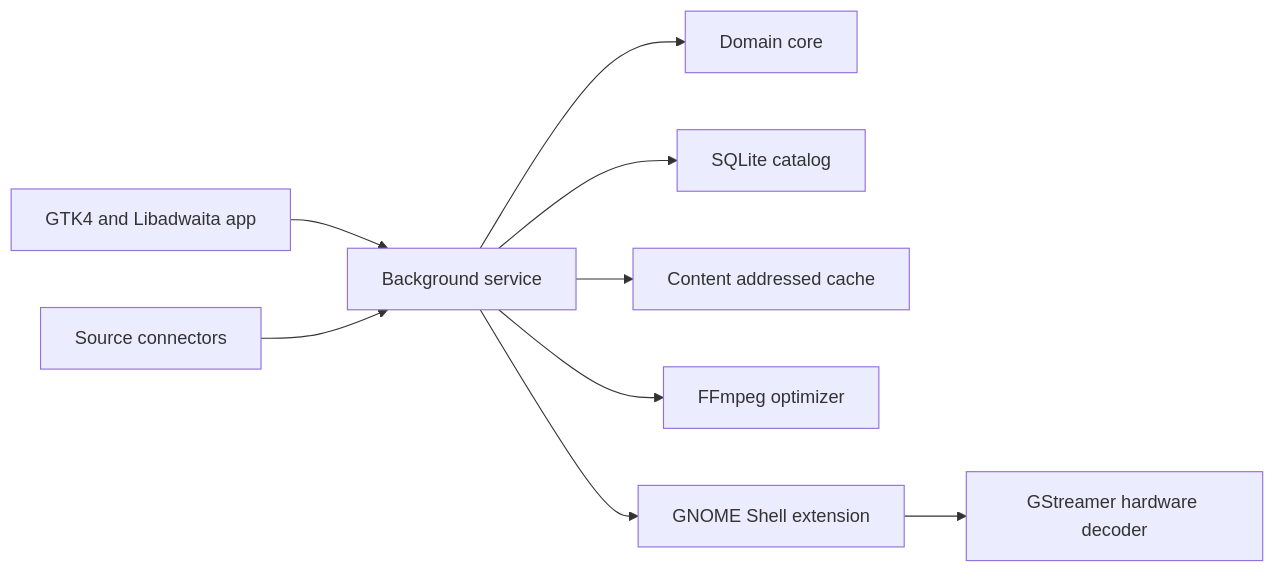
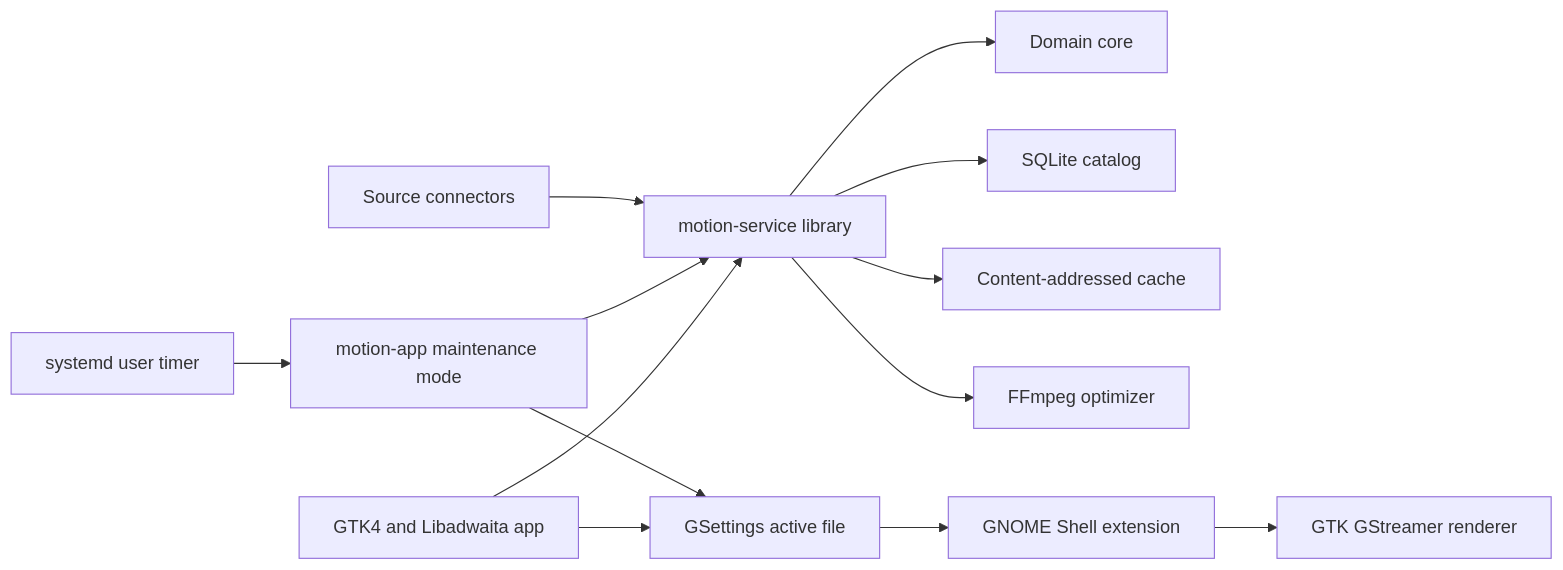
One commit to ashish-509/wallpapers changed the diagram in docs/ARCHITECTURE.md. Above: the diagram before and after it, drawn with Mermaid. The commit also changed other lines of this file and 25 other files, not shown here.

````diff
--- a/docs/ARCHITECTURE.md
+++ b/docs/ARCHITECTURE.md
@@ -10,11 +10,15 @@
 ```mermaid
 flowchart LR
-    UI[GTK4 and Libadwaita app] --> Service[Background service]
-    Service --> Core[Domain core]
-    Service --> Store[SQLite catalog]
-    Service --> Cache[Content addressed cache]
-    Service --> Media[FFmpeg optimizer]
-    Service --> Shell[GNOME Shell extension]
-    Sources[Source connectors] --> Service
-    Shell --> Gst[GStreamer hardware decoder]
+    UI[GTK4 and Libadwaita app] --> Library[motion-service library]
+    Timer[systemd user timer] --> Maintenance[motion-app maintenance mode]
+    Maintenance --> Library
+    Library --> Core[Domain core]
+    Library --> Store[SQLite catalog]
+    Library --> Cache[Content-addressed cache]
+    Library --> Media[FFmpeg optimizer]
+    Sources[Source connectors] --> Library
+    UI --> Settings[GSettings active file]
+    Maintenance --> Settings
+    Settings --> Shell[GNOME Shell extension]
+    Shell --> Renderer[GTK GStreamer renderer]
 ```
````
